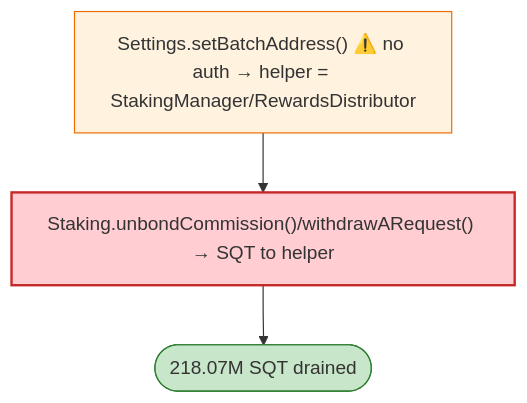
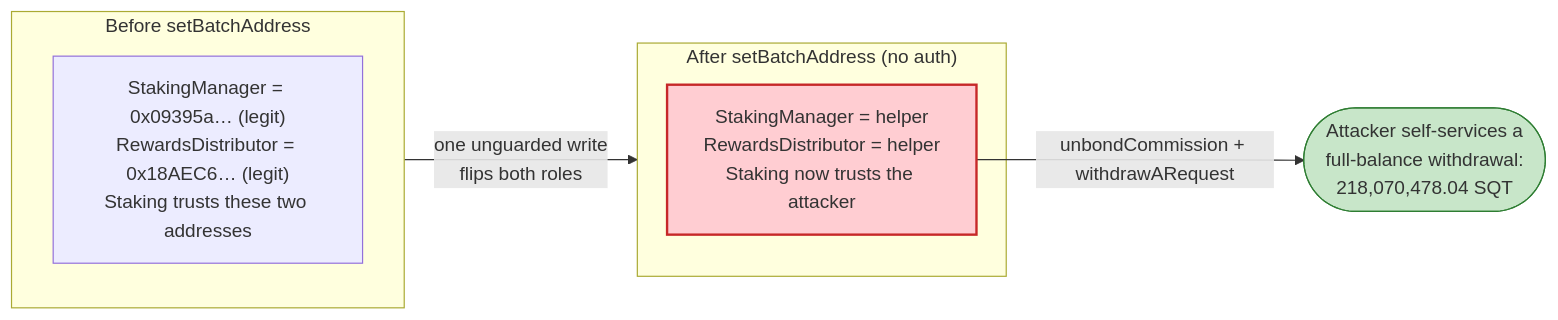
Before and after one commit to sanbir/evm-hack-registry: the fourth of 4 diagrams in 2026-04-SubQuerySettings_exp/SubQuerySettings_exp.md, drawn with Mermaid. The commit also changed other lines of this file and 32 other files, not shown here.

````diff
--- a/2026-04-SubQuerySettings_exp/SubQuerySettings_exp.md
+++ b/2026-04-SubQuerySettings_exp/SubQuerySettings_exp.md
@@ -40,9 +395,14 @@
 ```mermaid
-flowchart TD
-    S["Settings.setBatchAddress() ⚠️ no auth → helper = StakingManager/RewardsDistributor"] --> U["Staking.unbondCommission()/withdrawARequest() → SQT to helper"]
-    U --> OUT(["218.07M SQT drained"])
+flowchart LR
+    subgraph Before["Before setBatchAddress"]
+        B["StakingManager = 0x09395a… (legit)<br/>RewardsDistributor = 0x18AEC6… (legit)<br/>Staking trusts these two addresses"]
+    end
+    subgraph After["After setBatchAddress (no auth)"]
+        Af["StakingManager = helper<br/>RewardsDistributor = helper<br/>Staking now trusts the attacker"]
+    end
+    Before -->|"one unguarded write<br/>flips both roles"| After
+    Af -->|"unbondCommission + withdrawARequest"| Drain(["Attacker self-services a<br/>full-balance withdrawal:<br/>218,070,478.04 SQT"])
 
-    style S fill:#fff3e0,stroke:#ef6c00
-    style U fill:#ffcdd2,stroke:#c62828,stroke-width:2px
-    style OUT fill:#c8e6c9,stroke:#2e7d32
+    style Af fill:#ffcdd2,stroke:#c62828,stroke-width:2px
+    style Drain fill:#c8e6c9,stroke:#2e7d32
 ```
````
